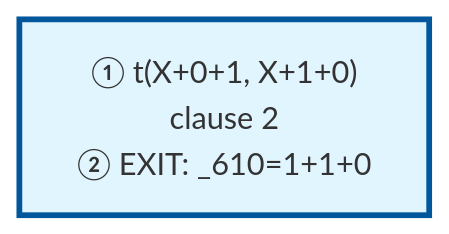
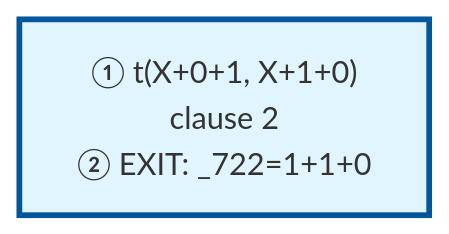
Before and after one commit to jarecsni/prolog-trace-viz: the diagram in examples/operator-output.md, drawn with Mermaid. The commit also changed other lines of this file and 8 other files, not shown here.

Commit message:
✨ add variable flow tracking to show how variables bind across execution steps

````diff
--- a/examples/operator-output.md
+++ b/examples/operator-output.md
@@ -38,11 +38,11 @@
 ```mermaid
 graph TD
 
 %% Nodes
-A["① t(X+0+1, X+1+0)<br/>clause 2<br/>② EXIT: _610=1+1+0"]
+A["① t(X+0+1, X+1+0)<br/>clause 2<br/>② EXIT: _722=1+1+0"]
 
 %% Edges
 
 %% Styles
 style A fill:#e1f5ff,stroke:#01579b,stroke-width:3px
 ```
````
